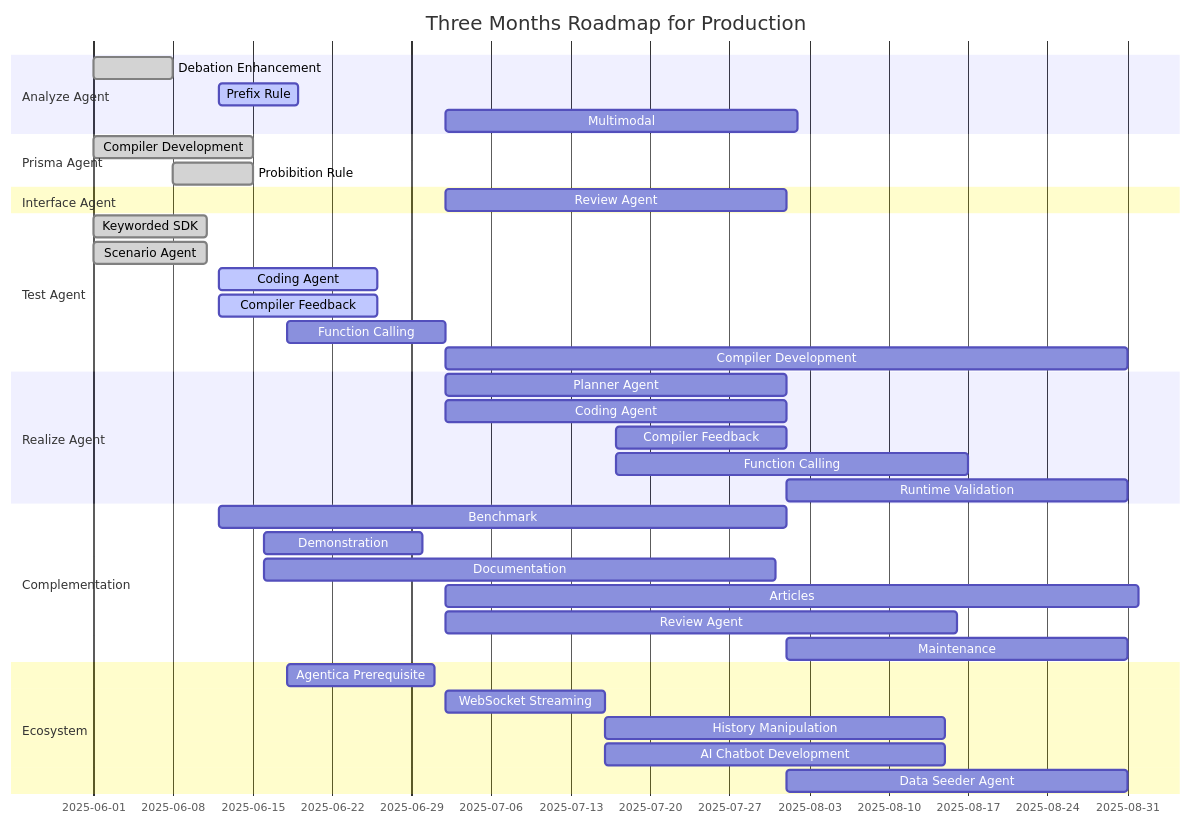
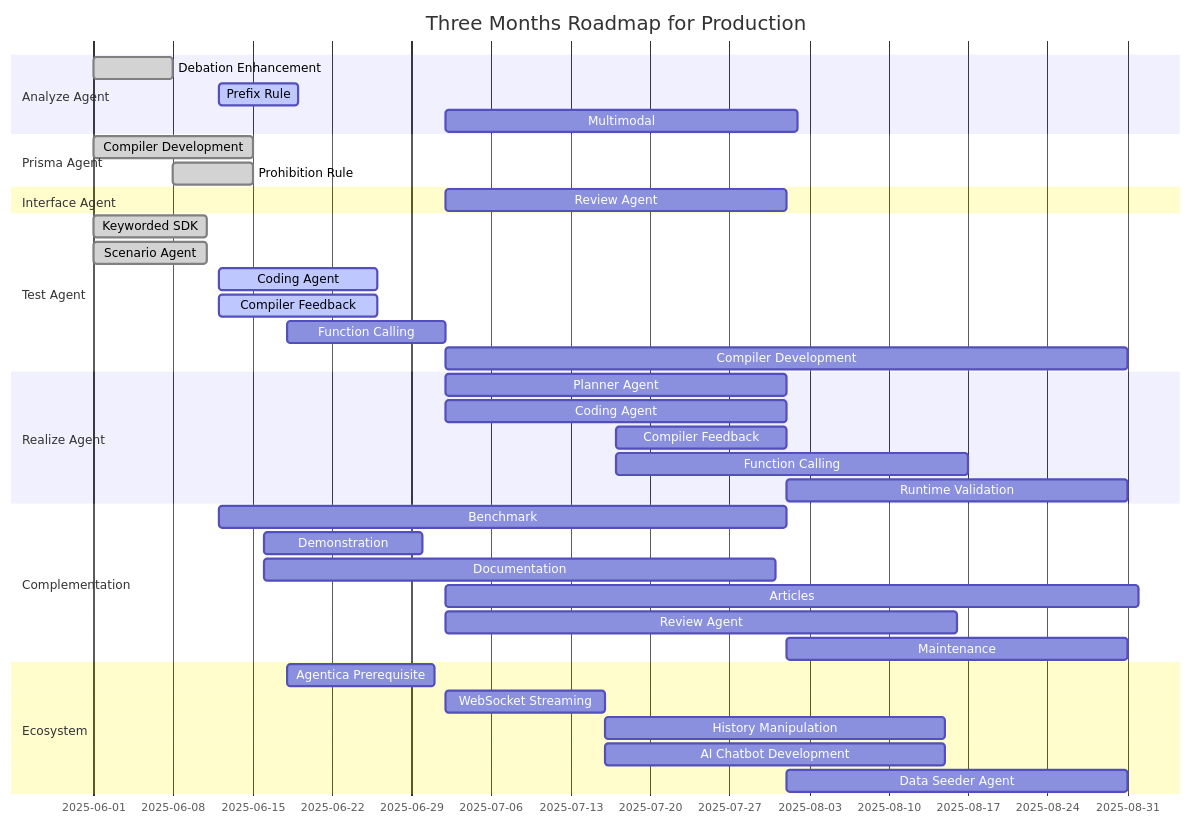
The diagram in website/template/AutoBeRoadmapPreface.mdx (wrtnlabs/autobe), drawn with Mermaid before and after one commit.

````diff
--- a/website/template/AutoBeRoadmapPreface.mdx
+++ b/website/template/AutoBeRoadmapPreface.mdx
@@ -1,47 +1,47 @@
 ```mermaid
 gantt
   dateFormat YYYY-MM-DD
   title Three Months Roadmap for Production
 
   section Analyze Agent
   Debation Enhancement: done,    2025-06-01,  7d
   Prefix Rule:          active,  2025-06-12,  7d
   Multimodal:           planned, 2025-07-02, 31d
 
   section Prisma Agent
   Compiler Development: done,    2025-06-01, 14d
-  Probibition Rule:     done,    2025-06-08,  7d
+  Prohibition Rule:     done,    2025-06-08,  7d
 
   section Interface Agent
   Review Agent: planned, 2025-07-02, 30d
 
   section Test Agent
   Keyworded SDK:        done,    2025-06-01, 10d
   Scenario Agent:       done,    2025-06-01, 10d        
   Coding Agent:         active,  2025-06-12, 14d
   Compiler Feedback:    active,  2025-06-12, 14d
   Function Calling:     planned, 2025-06-18, 14d
   Compiler Development: planned, 2025-07-02, 60d
 
   section Realize Agent
   Planner Agent:      planned, 2025-07-02, 30d
   Coding Agent:       planned, 2025-07-02, 30d
   Compiler Feedback:  planned, 2025-07-17, 15d
   Function Calling:   planned, 2025-07-17, 31d
   Runtime Validation: planned, 2025-08-01, 30d
 
   section Complementation
   Benchmark:     planned, 2025-06-12, 50d
   Demonstration: planned, 2025-06-16, 14d
   Documentation: planned, 2025-06-16, 45d
   Articles:      planned, 2025-07-02, 61d
   Review Agent:  planned, 2025-07-02, 45d
   Maintenance:   planned, 2025-08-01, 30d
 
   section Ecosystem
   Agentica Prerequisite:  planned, 2025-06-18, 13d
   WebSocket Streaming:    planned, 2025-07-02, 14d
   History Manipulation:   planned, 2025-07-16, 30d
   AI Chatbot Development: planned, 2025-07-16, 30d
   Data Seeder Agent:      planned, 2025-08-01, 30d
 ```
````
